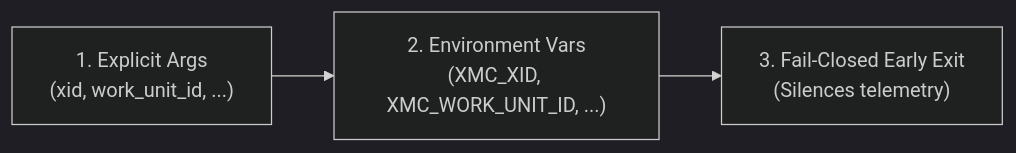
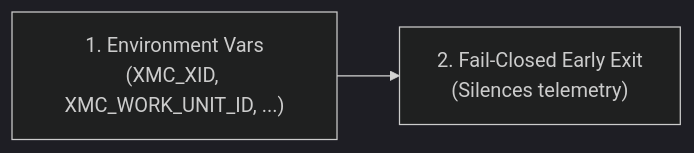
One commit to google/xmc changed the third of 3 diagrams in sdks/python/xmc/README.md. Above: the diagram before and after it, drawn with Mermaid (dark theme). The commit also changed other lines of this file, not shown here.

First line of the commit message:
docs(sdk): remove deprecated 'Explicit Args' reference from README

````diff
--- a/sdks/python/xmc/README.md
+++ b/sdks/python/xmc/README.md
@@ -67,5 +67,4 @@
 ```mermaid
 flowchart LR
-    Tier1["1. Explicit Args<br/>(xid, work_unit_id, ...)"] --> Tier2["2. Environment Vars<br/>(XMC_XID, XMC_WORK_UNIT_ID, ...)"]
-    Tier2 --> Tier3["3. Fail-Closed Early Exit<br/>(Silences telemetry)"]
+    Tier1["1. Environment Vars<br/>(XMC_XID, XMC_WORK_UNIT_ID, ...)"] --> Tier2["2. Fail-Closed Early Exit<br/>(Silences telemetry)"]
 ```
````
